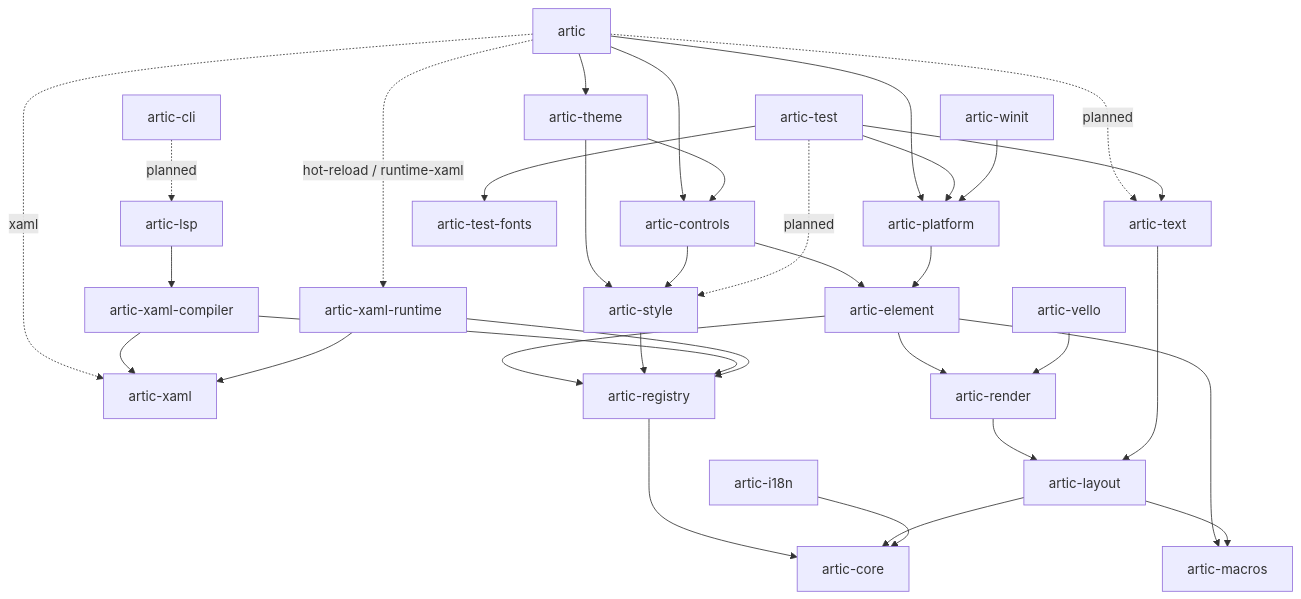
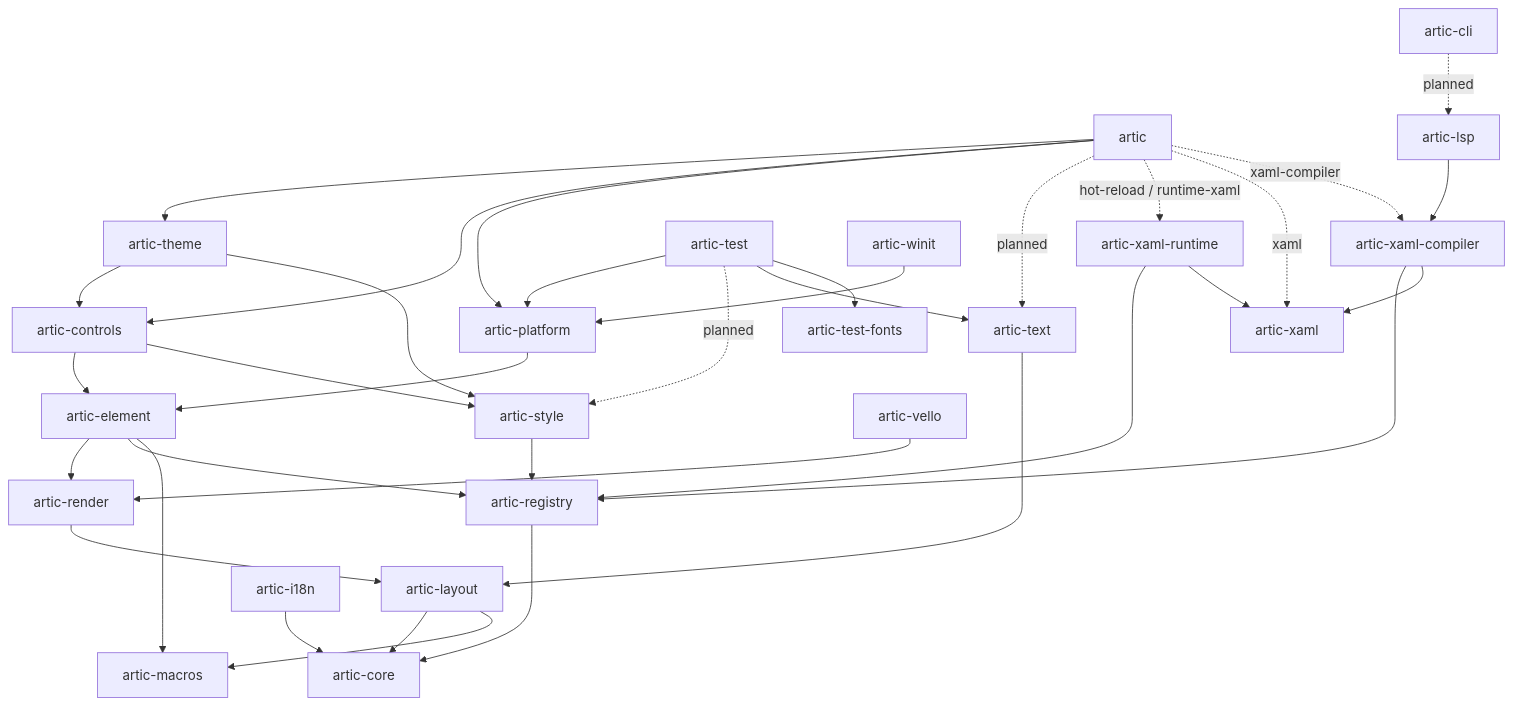
One commit to wolfware-labs/artic changed the diagram in docs/architecture.md. Above: the diagram before and after it, drawn with Mermaid. The commit also changed other lines of this file and 8 other files, not shown here.

First line of the commit message:
docs(design): the XAML compiler (#315)

````diff
--- a/docs/architecture.md
+++ b/docs/architecture.md
@@ -35,45 +35,46 @@
 ```mermaid
 flowchart TD
   artic --> theme[artic-theme]
   artic --> controls[artic-controls]
   artic --> platform[artic-platform]
   artic -. planned .-> text[artic-text]
   artic -. hot-reload / runtime-xaml .-> runtime[artic-xaml-runtime]
   artic -. xaml .-> xaml
+  artic -. xaml-compiler .-> compiler
 
   theme --> controls
   theme --> styles[artic-style]
 
   controls --> element[artic-element]
   controls --> styles
 
   platform --> element
 
   element --> render[artic-render]
   element --> registry[artic-registry]
   element --> macros[artic-macros]
 
   test[artic-test] --> platform
   test -. planned .-> styles
   test --> text
   test --> fonts[artic-test-fonts]
 
   winit[artic-winit] --> platform
   vello[artic-vello] --> render
 
   cli[artic-cli] -. planned .-> lsp[artic-lsp]
   lsp --> compiler[artic-xaml-compiler]
 
   render --> layout[artic-layout]
   text --> layout
   styles --> registry
   compiler --> registry
   compiler --> xaml[artic-xaml]
   runtime --> registry
   runtime --> xaml
 
   registry --> core[artic-core]
   layout --> core
   layout --> macros
   i18n[artic-i18n] --> core
 ```
````
